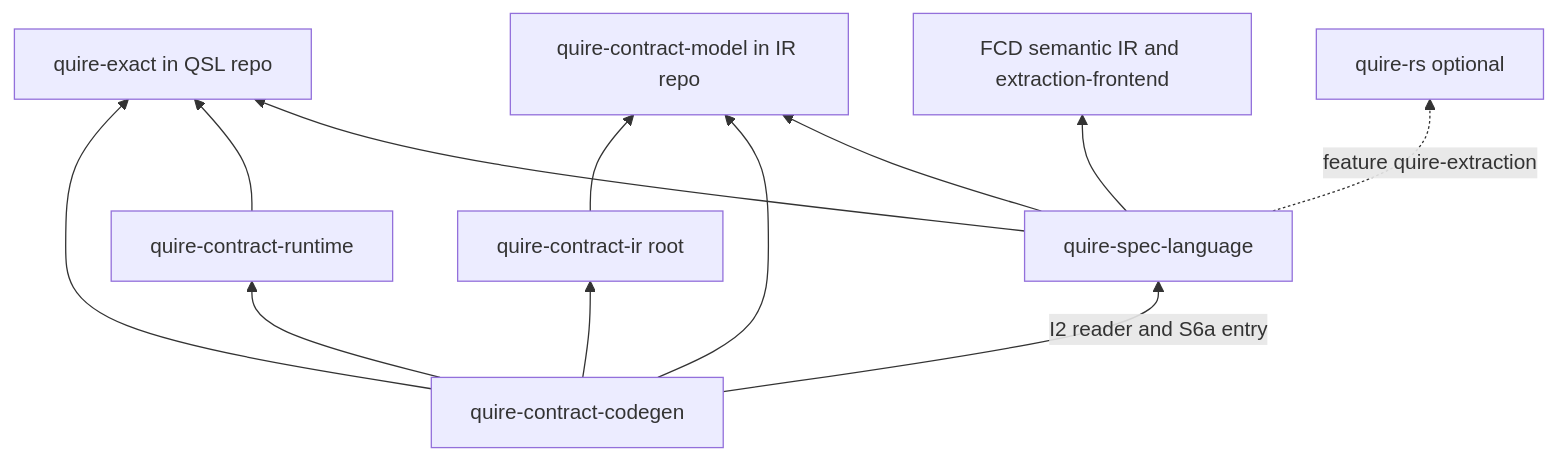
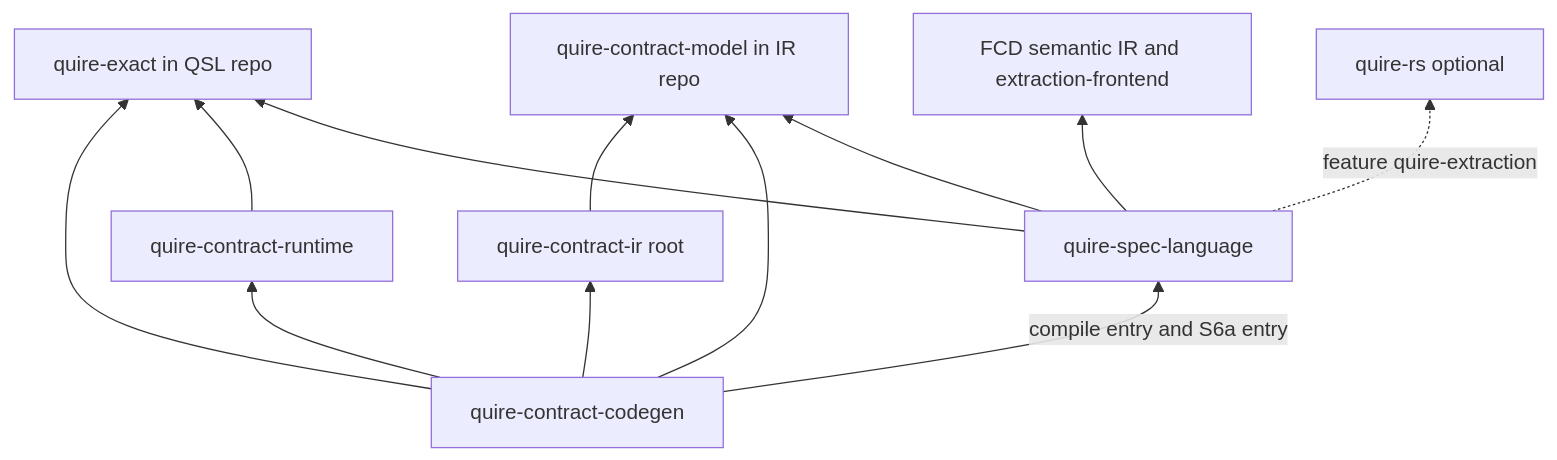
Before and after one commit to agent-ix/quire-spec-language: the second of 2 diagrams in spec/decisions/ADR-011-stage-dag-and-dependency-architecture.md, drawn with Mermaid. The commit also changed other lines of this file, not shown here.

````diff
--- a/spec/decisions/ADR-011-stage-dag-and-dependency-architecture.md
+++ b/spec/decisions/ADR-011-stage-dag-and-dependency-architecture.md
@@ -575,22 +589,22 @@
 ```mermaid
 flowchart BT
   QX[quire-exact in QSL repo]
   QSL[quire-spec-language]
   CM[quire-contract-model in IR repo]
   IR[quire-contract-ir root]
   RT[quire-contract-runtime]
   CG[quire-contract-codegen]
   FCD[FCD semantic IR and extraction-frontend]
   QRS[quire-rs optional]
   QSL --> QX
   QSL --> CM
   QSL --> FCD
   QSL -.->|feature quire-extraction| QRS
   RT --> QX
   CG --> QX
   CG --> CM
   CG --> IR
   CG --> RT
-  CG -->|I2 reader and S6a entry| QSL
+  CG -->|compile entry and S6a entry| QSL
   IR --> CM
 ```
````
